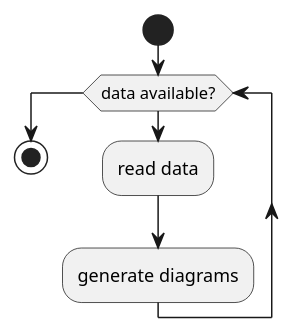
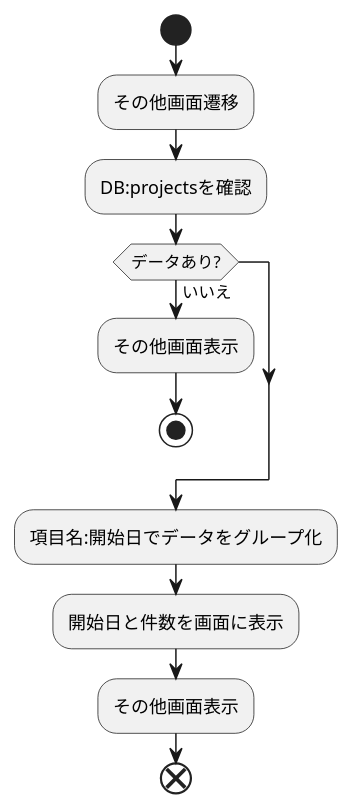
One commit to code-10157/asp.net_core_ver.2 changed the sixth of 7 diagrams in asp_projects/documents/7.要件定義/TaskList-API_rsc.md. Above: the diagram before and after it, drawn with PlantUML. The commit also changed other lines of this file, not shown here.

````diff
--- a/asp_projects/documents/7.要件定義/TaskList-API_rsc.md
+++ b/asp_projects/documents/7.要件定義/TaskList-API_rsc.md
@@ -260,14 +351,17 @@
   ``` plantuml
   @startuml
 
   start
-
-  while (data available?)
-    :read data;
-    :generate diagrams;
-  endwhile
-
-  stop
+  :その他画面遷移;
+  :DB:projectsを確認;
+  if (データあり?) then (いいえ)
+    :その他画面表示;
+    stop
+  endif  
+  :項目名:開始日でデータをグループ化;
+  :開始日と件数を画面に表示;
+  :その他画面表示;
+  end
 
   @enduml
   ```
````
